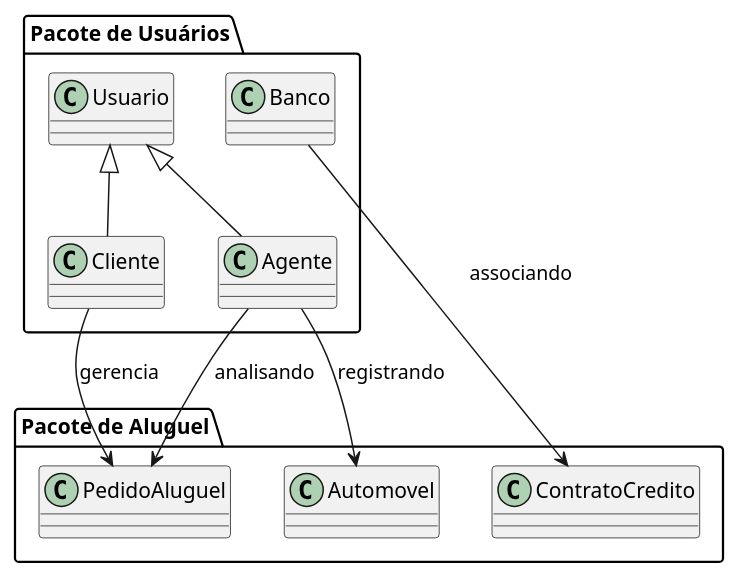
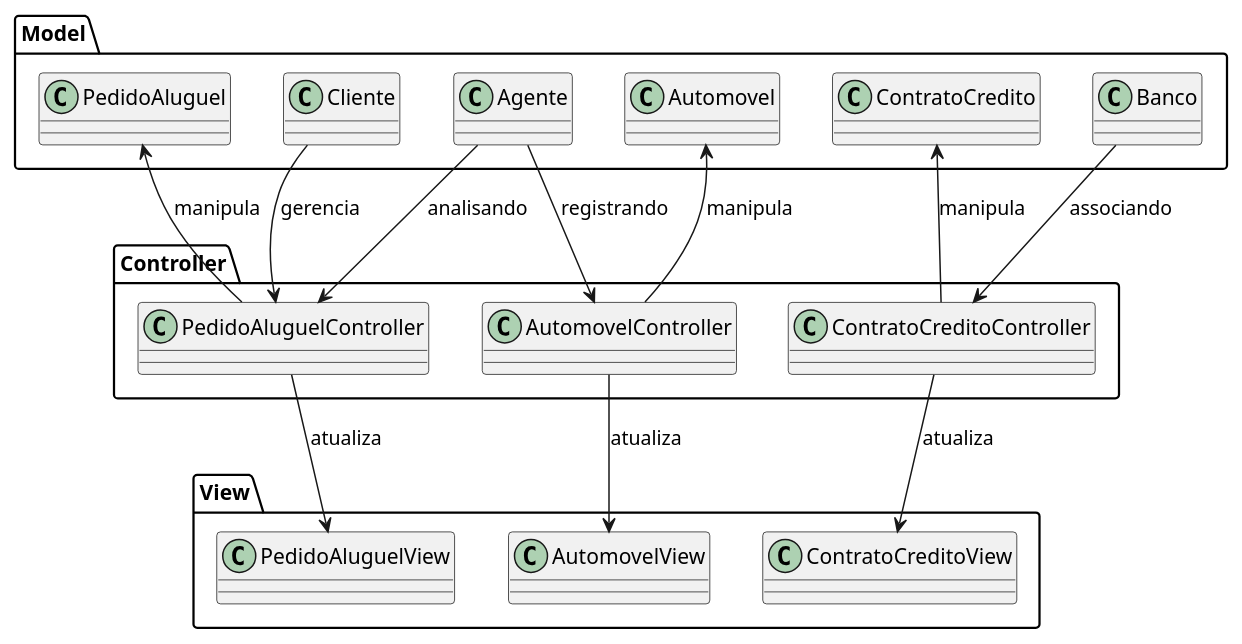
The diagram in project/code/DiagramaDePacote.puml (PedroRamos98/Aluguel-De-Carros), drawn with PlantUML before and after one commit. The commit also changed 6 other files, not shown here.

```diff
--- a/project/code/DiagramaDePacote.puml
+++ b/project/code/DiagramaDePacote.puml
@@ -1,24 +1,39 @@
 @startuml
 
-' Define pacotes
-package "Pacote de Usuários" {
-  class Usuario
+' Definir pacotes conforme o padrão MVC
+package "Model" {
   class Cliente
   class Agente
   class Banco
-}
-
-package "Pacote de Aluguel" {
   class PedidoAluguel
   class Automovel
   class ContratoCredito
 }
 
-Usuario <|-- Cliente
-Usuario <|-- Agente
-Cliente --> PedidoAluguel : "gerencia"
-Agente --> PedidoAluguel : "analisando"
-Agente --> Automovel : "registrando"
-Banco --> ContratoCredito : "associando"
+package "View" {
+  class PedidoAluguelView
+  class AutomovelView
+  class ContratoCreditoView
+}
+
+package "Controller" {
+  class PedidoAluguelController
+  class AutomovelController
+  class ContratoCreditoController
+}
+
+Cliente --> PedidoAluguelController : "gerencia"
+Agente --> PedidoAluguelController : "analisando"
+Agente --> AutomovelController : "registrando"
+Banco --> ContratoCreditoController : "associando"
+
+PedidoAluguelController --> PedidoAluguelView : "atualiza"
+AutomovelController --> AutomovelView : "atualiza"
+ContratoCreditoController --> ContratoCreditoView : "atualiza"
+
+
+PedidoAluguelController --> PedidoAluguel : "manipula"
+AutomovelController --> Automovel : "manipula"
+ContratoCreditoController --> ContratoCredito : "manipula"
 
 @enduml
```
